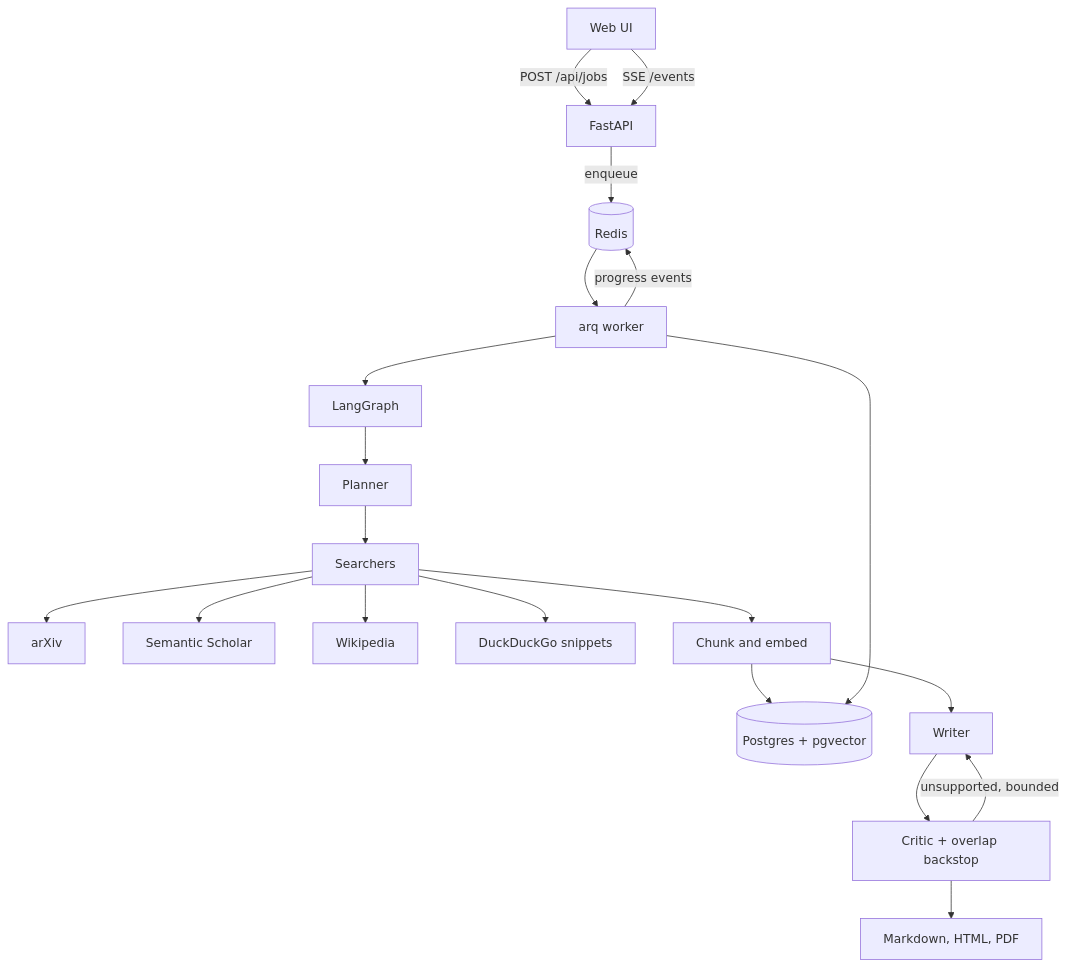
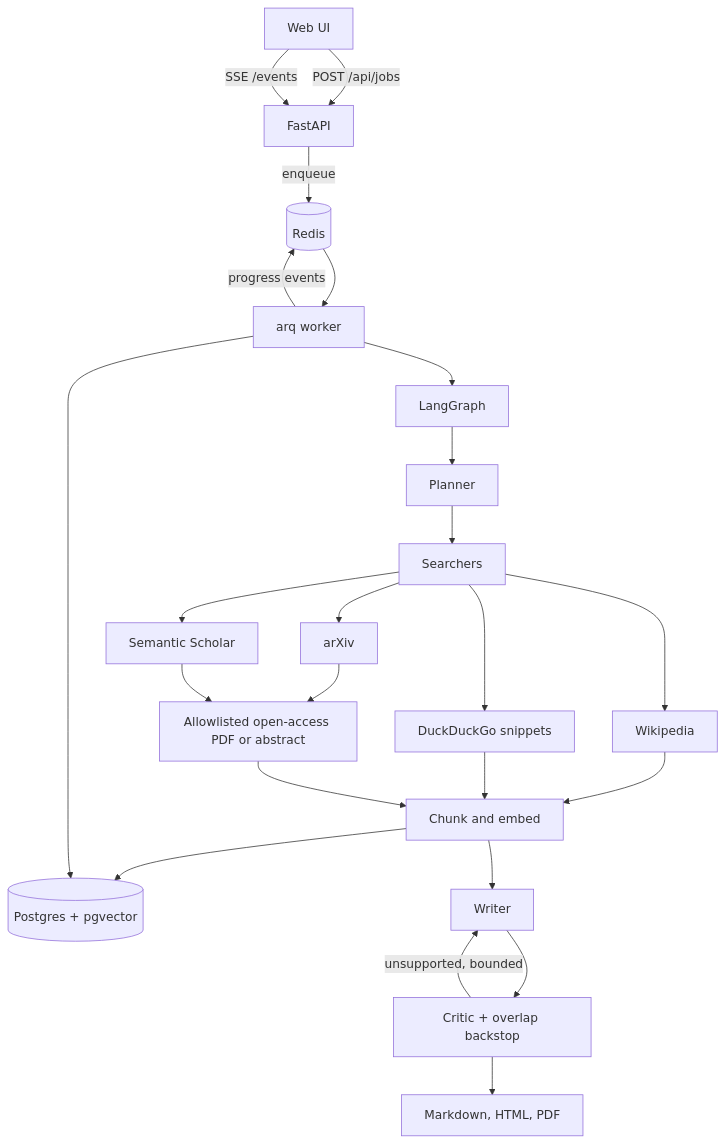
The diagram in README.md (deepanshuvarshney/research-to-report-engine), drawn with Mermaid before and after one commit. The commit also changed other lines of this file and 40 other files, not shown here.

First line of the commit message:
Read open-access papers and add a free Render demo. (#2)

````diff
--- a/README.md
+++ b/README.md
@@ -7,22 +9,26 @@
 ```mermaid
 flowchart TD
   UI[Web UI] -->|POST /api/jobs| API[FastAPI]
   UI -->|SSE /events| API
   API -->|enqueue| Redis[(Redis)]
   Redis --> Worker[arq worker]
   Worker --> Graph[LangGraph]
   Graph --> Plan[Planner]
   Plan --> Search[Searchers]
   Search --> Arxiv[arXiv]
   Search --> S2[Semantic Scholar]
   Search --> Wiki[Wikipedia]
   Search --> Web[DuckDuckGo snippets]
-  Search --> Index[Chunk and embed]
+  Arxiv --> FullText[Allowlisted open-access PDF or abstract]
+  S2 --> FullText
+  Wiki --> Index[Chunk and embed]
+  Web --> Index
+  FullText --> Index
   Index --> PG[(Postgres + pgvector)]
   Index --> Write[Writer]
   Write --> Critic[Critic + overlap backstop]
   Critic -->|unsupported, bounded| Write
   Critic --> Report[Markdown, HTML, PDF]
   Worker -->|progress events| Redis
   Worker --> PG
 ```
````
